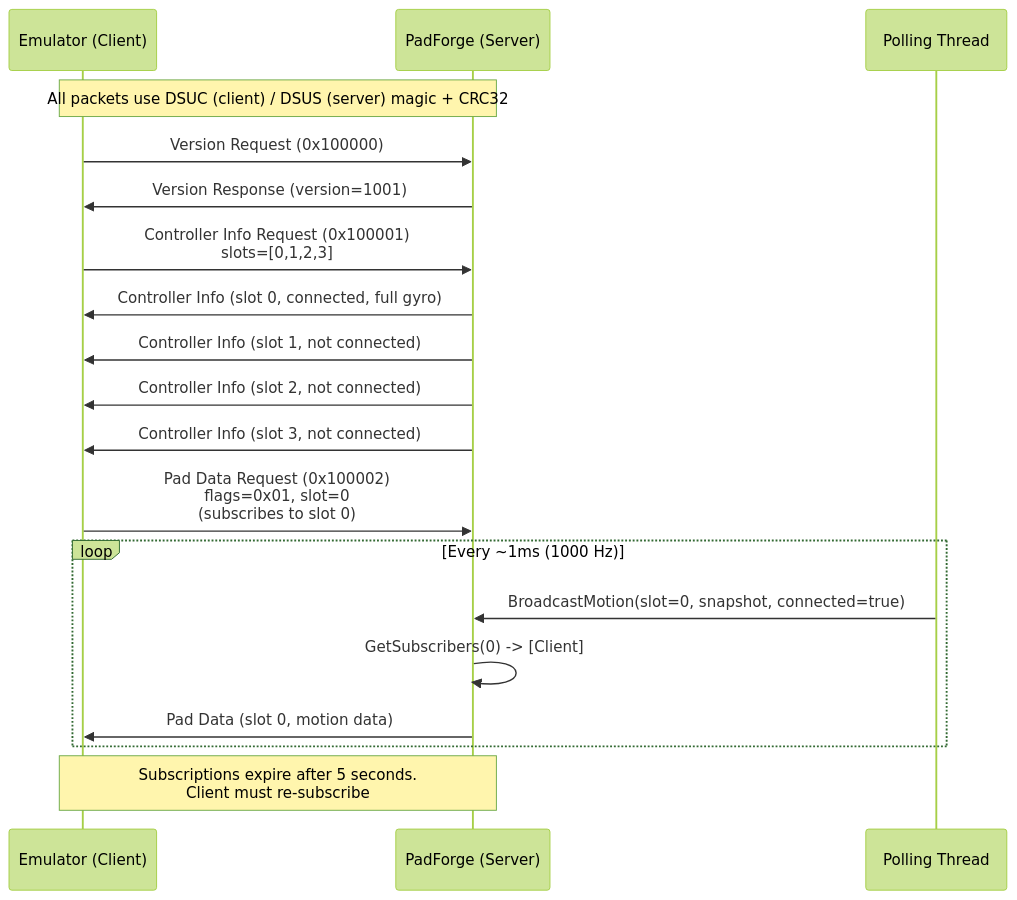
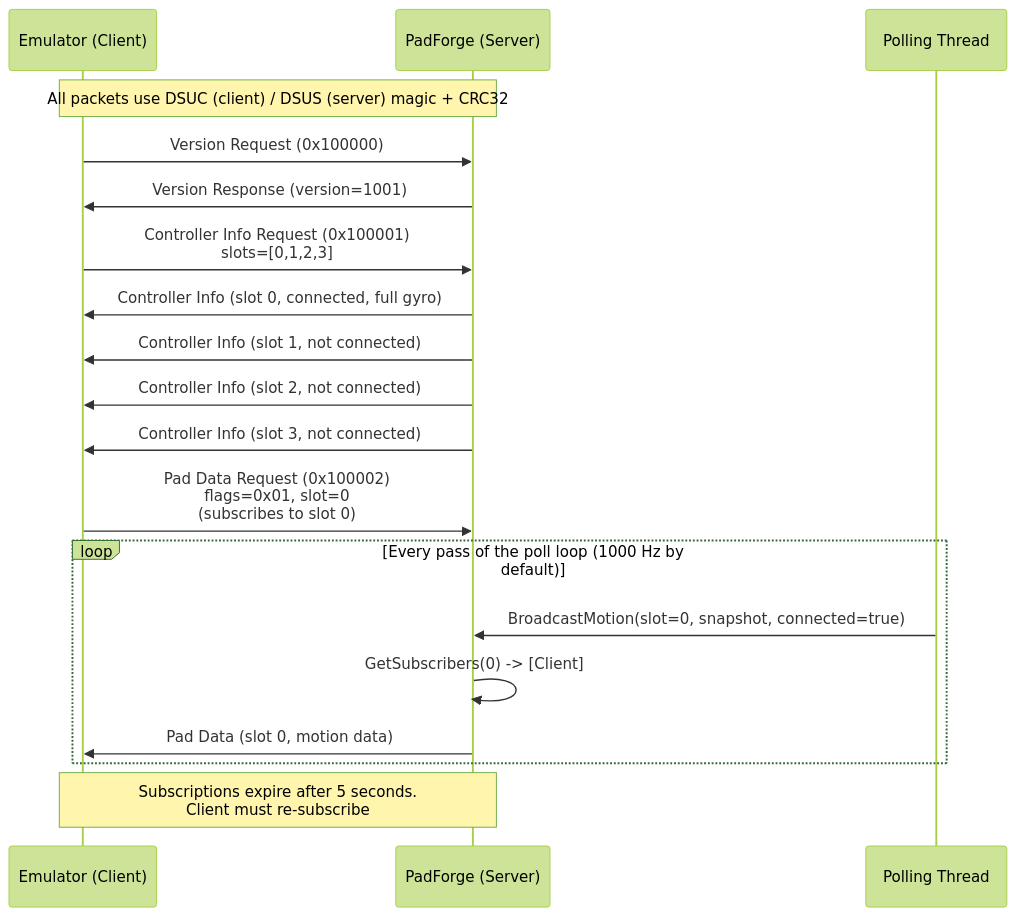
One commit to hifihedgehog/padforge.org changed the first of 2 diagrams in wiki/reference/dsu-protocol.md. Above: the diagram before and after it, drawn with Mermaid (forest theme). The commit also changed other lines of this file and 627 other files, not shown here.

````diff
--- a/wiki/reference/dsu-protocol.md
+++ b/wiki/reference/dsu-protocol.md
@@ -117,27 +121,27 @@
 ```mermaid
 sequenceDiagram
     participant Client as Emulator (Client)
     participant Server as PadForge (Server)
     participant Poll as Polling Thread
 
     Note over Client,Server: All packets use DSUC (client) / DSUS (server) magic + CRC32
 
     Client->>Server: Version Request (0x100000)
     Server->>Client: Version Response (version=1001)
 
     Client->>Server: Controller Info Request (0x100001)<br/>slots=[0,1,2,3]
     Server->>Client: Controller Info (slot 0, connected, full gyro)
     Server->>Client: Controller Info (slot 1, not connected)
     Server->>Client: Controller Info (slot 2, not connected)
     Server->>Client: Controller Info (slot 3, not connected)
 
     Client->>Server: Pad Data Request (0x100002)<br/>flags=0x01, slot=0<br/>(subscribes to slot 0)
 
-    loop Every ~1ms (1000 Hz)
+    loop Every pass of the poll loop (1000 Hz by default)
         Poll->>Server: BroadcastMotion(slot=0, snapshot, connected=true)
         Server->>Server: GetSubscribers(0) -> [Client]
         Server->>Client: Pad Data (slot 0, motion data)
     end
 
     Note over Client,Server: Subscriptions expire after 5 seconds.<br/>Client must re-subscribe
 ```
````
